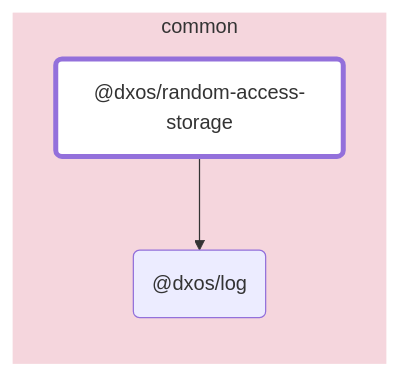
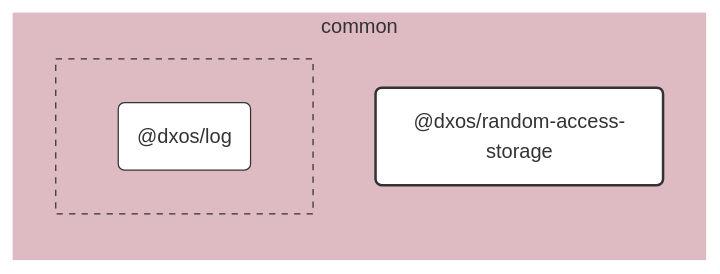
The diagram in packages/common/random-access-storage/docs/README.md (dxos/dxos), drawn with Mermaid before and after one commit. The commit also changed 100 other files, not shown here.

````diff
--- a/packages/common/random-access-storage/docs/README.md
+++ b/packages/common/random-access-storage/docs/README.md
@@ -7,15 +7,33 @@
 ```mermaid
-flowchart LR;
+%%{ init: {'flowchart':{'curve':'basis'}} }%%
 
-style dxos/random-access-storage fill:#fff,stroke-width:4px;
+flowchart LR
 
-click dxos/log "https:/github.com/dxos/dxos/tree/main/packages/common/log/docs";
+%% Links
 
+%% Sections
 subgraph common
-  style common fill:#f5d6dd,stroke:#fff;
-  dxos/random-access-storage("@dxos/random-access-storage");
-  dxos/log("@dxos/log");
+  style common fill:#debac2,stroke:#fff;
+
+  dxos/random-access-storage("@dxos/random-access-storage")
+
+  subgraph common-excluded [ ]
+    style common-excluded fill:#debac2,stroke:#333,stroke-dasharray:5 5;
+
+    dxos/log("@dxos/log")
+  end
 end
 
-dxos/random-access-storage --> dxos/log;
+
+%% Hyperlinks
+click dxos/log href "https:/github.com/dxos/dxos/tree/main/packages/common/log/docs";
+
+%% Styles
+classDef rootNode fill:#fff,stroke:#333,stroke-width:2px
+classDef defaultNode fill:#fff,stroke:#333,stroke-width:1px
+linkStyle default stroke:#333,stroke-width:1px
+
+dxos/random-access-storage:::rootNode
+
+dxos/log:::defaultNode
 ```
````
